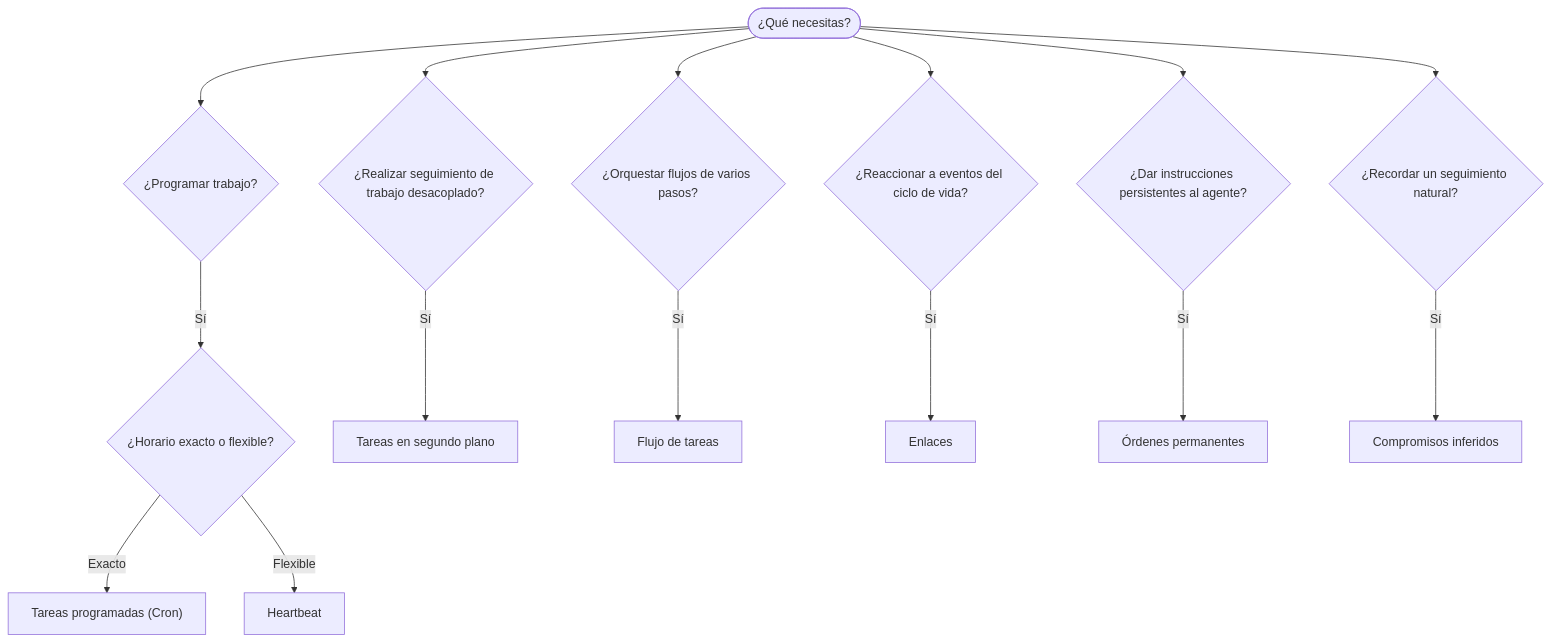
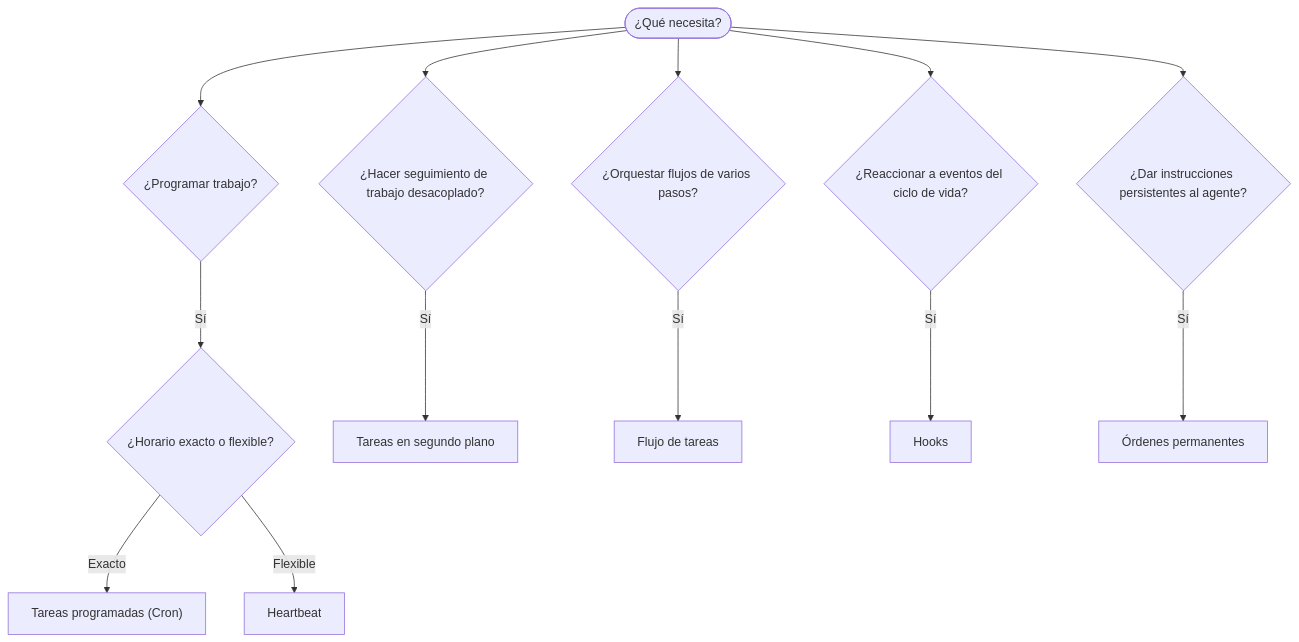
The diagram in docs/es/automation/index.md (openclaw/docs), drawn with Mermaid before and after one commit. The commit also changed other lines of this file and 345 other files, not shown here.

````diff
--- a/docs/es/automation/index.md
+++ b/docs/es/automation/index.md
@@ -25,19 +25,17 @@
 ```mermaid
 flowchart TD
-    START([¿Qué necesitas?]) --> Q1{¿Programar trabajo?}
-    START --> Q2{¿Realizar seguimiento de trabajo desacoplado?}
+    START([¿Qué necesita?]) --> Q1{¿Programar trabajo?}
+    START --> Q2{¿Hacer seguimiento de trabajo desacoplado?}
     START --> Q3{¿Orquestar flujos de varios pasos?}
     START --> Q4{¿Reaccionar a eventos del ciclo de vida?}
     START --> Q5{¿Dar instrucciones persistentes al agente?}
-    START --> Q6{¿Recordar un seguimiento natural?}
 
     Q1 -->|Sí| Q1a{¿Horario exacto o flexible?}
     Q1a -->|Exacto| CRON["Tareas programadas (Cron)"]
     Q1a -->|Flexible| HEARTBEAT[Heartbeat]
 
     Q2 -->|Sí| TASKS[Tareas en segundo plano]
     Q3 -->|Sí| FLOW[Flujo de tareas]
-    Q4 -->|Sí| HOOKS[Enlaces]
+    Q4 -->|Sí| HOOKS[Hooks]
     Q5 -->|Sí| SO[Órdenes permanentes]
-    Q6 -->|Sí| COMMITMENTS[Compromisos inferidos]
 ```
````
